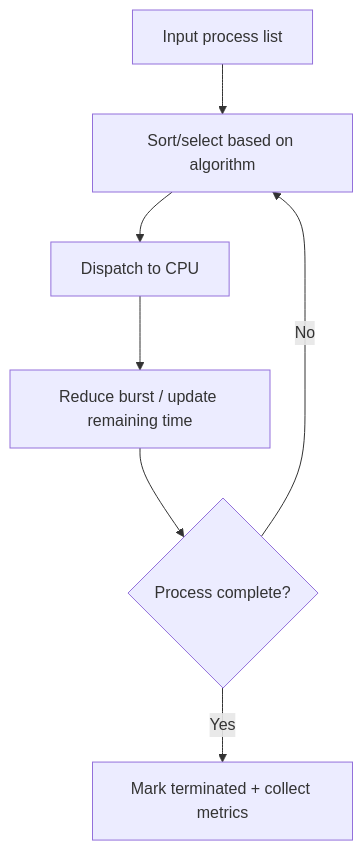
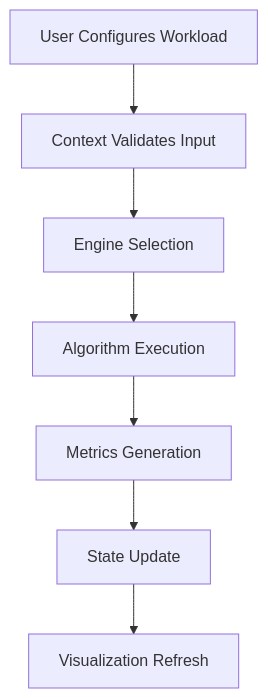
Before and after one commit to ramalokeshreddyp/KernelCanvas: the third of 6 diagrams in architecture.md, drawn with Mermaid. The commit also changed other lines of this file and 51 other files, not shown here.

````diff
--- a/architecture.md
+++ b/architecture.md
@@ -137,9 +80,9 @@
 ```mermaid
 flowchart TD
-  A[Input process list] --> B[Sort/select based on algorithm]
-  B --> C[Dispatch to CPU]
-  C --> D[Reduce burst / update remaining time]
-  D --> E{Process complete?}
-  E -->|No| B
-  E -->|Yes| F[Mark terminated + collect metrics]
+  A[User Configures Workload] --> B[Context Validates Input]
+  B --> C[Engine Selection]
+  C --> D[Algorithm Execution]
+  D --> E[Metrics Generation]
+  E --> F[State Update]
+  F --> G[Visualization Refresh]
 ```
````
